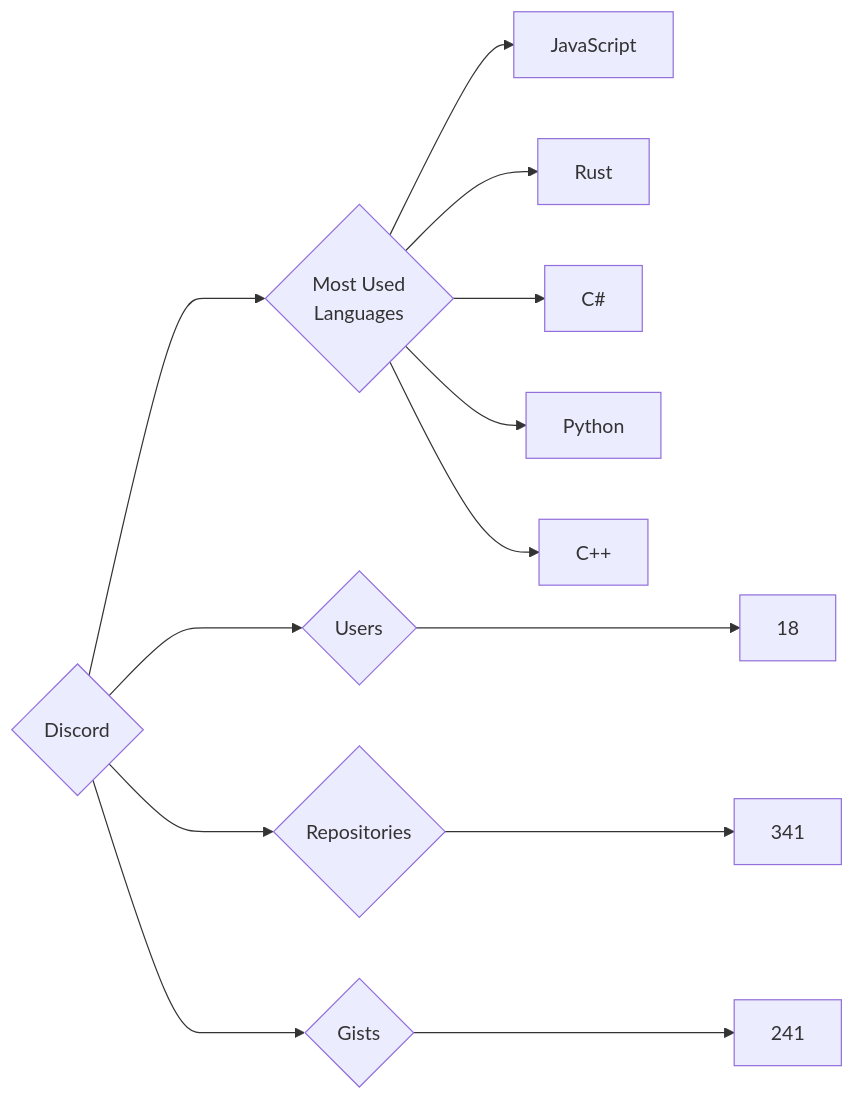
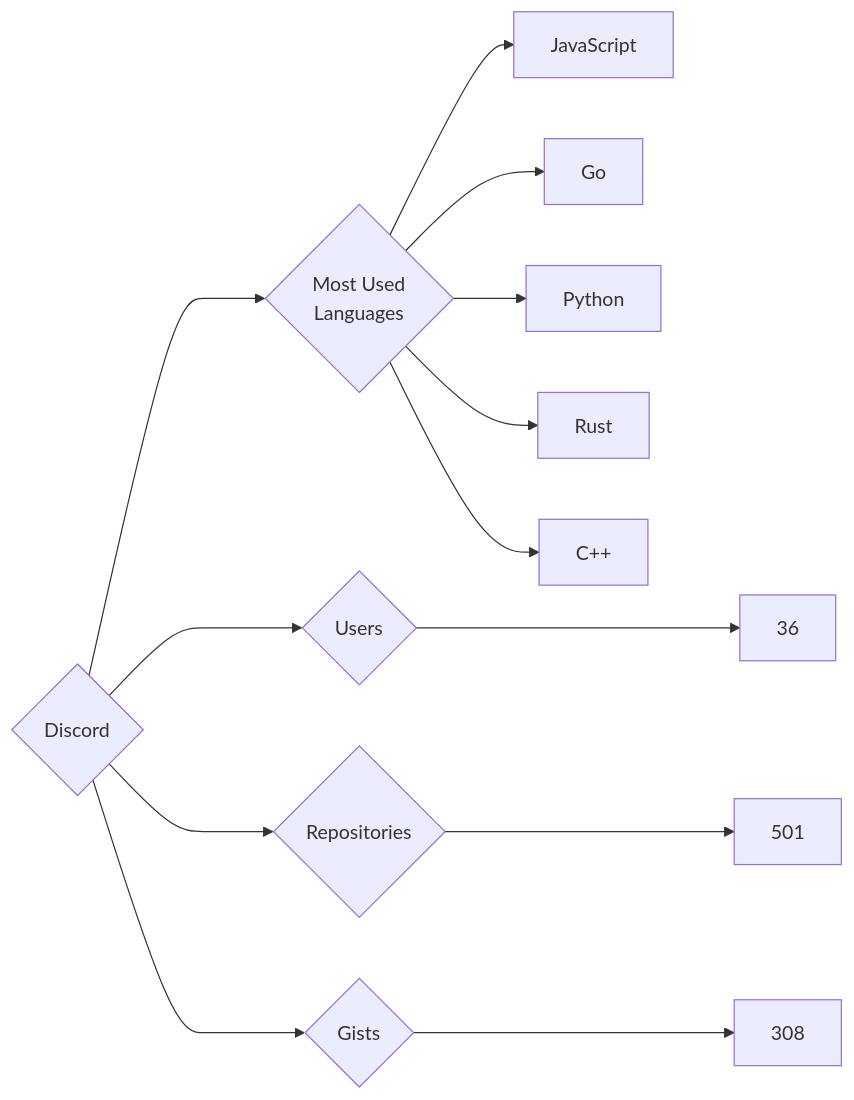
Before and after one commit to trickest/insiders: the diagram in targets/Discord/README.md, drawn with Mermaid. The commit also changed 935 other files, not shown here.

````diff
--- a/targets/Discord/README.md
+++ b/targets/Discord/README.md
@@ -3,13 +3,13 @@
 ```mermaid
 graph LR
 COMPANY_NAME{Discord}
-COMPANY_NAME ---> U{Users} ---> UN[18]
-COMPANY_NAME ---> R{Repositories} ---> RN[341]
-COMPANY_NAME ---> G{Gists} ---> GN[241]
+COMPANY_NAME ---> U{Users} ---> UN[36]
+COMPANY_NAME ---> R{Repositories} ---> RN[501]
+COMPANY_NAME ---> G{Gists} ---> GN[308]
 COMPANY_NAME ---> ML{Most Used<br>Languages}
 ML --> JavaScript[JavaScript]
+ML --> Go[Go]
+ML --> Python[Python]
 ML --> Rust[Rust]
-ML --> C#[C#]
-ML --> Python[Python]
 ML --> C++[C++]
 ```
````
